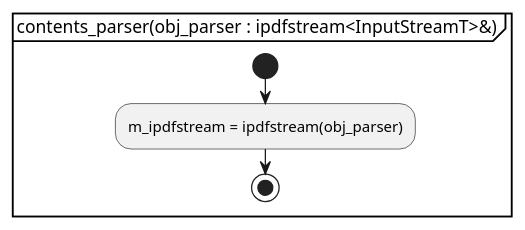
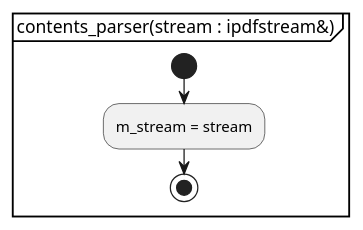
The first of 2 diagrams in document/document_reader/page_tree_parser/page_parser/contents_parser/contents_parser.activity.pu (KodaiYM/PDFReader), drawn with PlantUML before and after one commit. The commit also changed other lines of this file and 38 other files, not shown here.

```diff
--- a/document/document_reader/page_tree_parser/page_parser/contents_parser/contents_parser.activity.pu
+++ b/document/document_reader/page_tree_parser/page_parser/contents_parser/contents_parser.activity.pu
@@ -1,7 +1,7 @@
 @startuml contents_parser
-partition "contents_parser(obj_parser : ipdfstream<InputStreamT>&)" {
+partition "contents_parser(stream : ipdfstream&)" {
 start
-	:m_ipdfstream = ipdfstream(obj_parser);
+	:m_stream = stream;
 stop
 }
 @enduml
```
